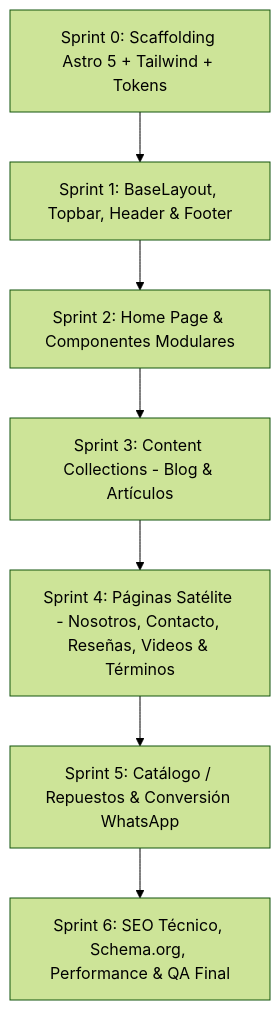
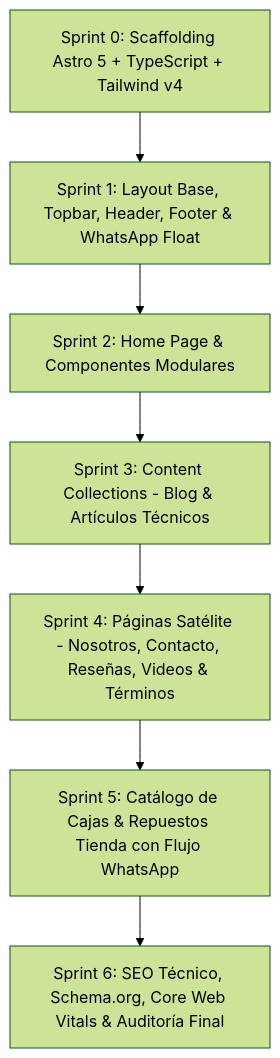
The diagram in ROADMAP_MIGRACION_ASTRO.md (aikapenelope/webjsanv2), drawn with Mermaid (forest theme) before and after one commit. The commit also changed other lines of this file, not shown here.

Commit message:
docs: actualizar roadmap maestro con matriz de contenidos, tokens UI y checklist granular

````diff
--- a/ROADMAP_MIGRACION_ASTRO.md
+++ b/ROADMAP_MIGRACION_ASTRO.md
@@ -32,9 +61,9 @@
 ```mermaid
 graph TD
-    S0[Sprint 0: Scaffolding Astro 5 + Tailwind + Tokens] --> S1[Sprint 1: BaseLayout, Topbar, Header & Footer]
+    S0[Sprint 0: Scaffolding Astro 5 + TypeScript + Tailwind v4] --> S1[Sprint 1: Layout Base, Topbar, Header, Footer & WhatsApp Float]
     S1 --> S2[Sprint 2: Home Page & Componentes Modulares]
-    S2 --> S3[Sprint 3: Content Collections - Blog & Artículos]
+    S2 --> S3[Sprint 3: Content Collections - Blog & Artículos Técnicos]
     S3 --> S4[Sprint 4: Páginas Satélite - Nosotros, Contacto, Reseñas, Videos & Términos]
-    S4 --> S5[Sprint 5: Catálogo / Repuestos & Conversión WhatsApp]
-    S5 --> S6[Sprint 6: SEO Técnico, Schema.org, Performance & QA Final]
+    S4 --> S5[Sprint 5: Catálogo de Cajas & Repuestos Tienda con Flujo WhatsApp]
+    S5 --> S6[Sprint 6: SEO Técnico, Schema.org, Core Web Vitals & Auditoría Final]
 ```
````
